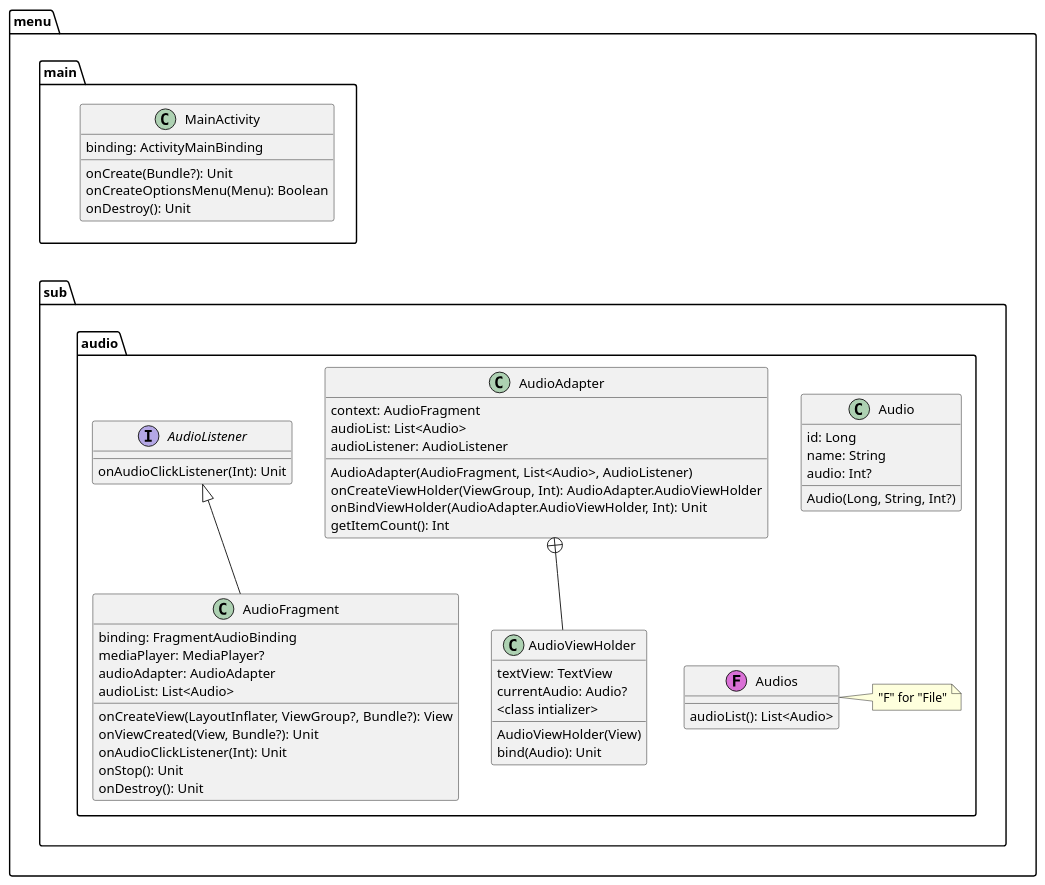
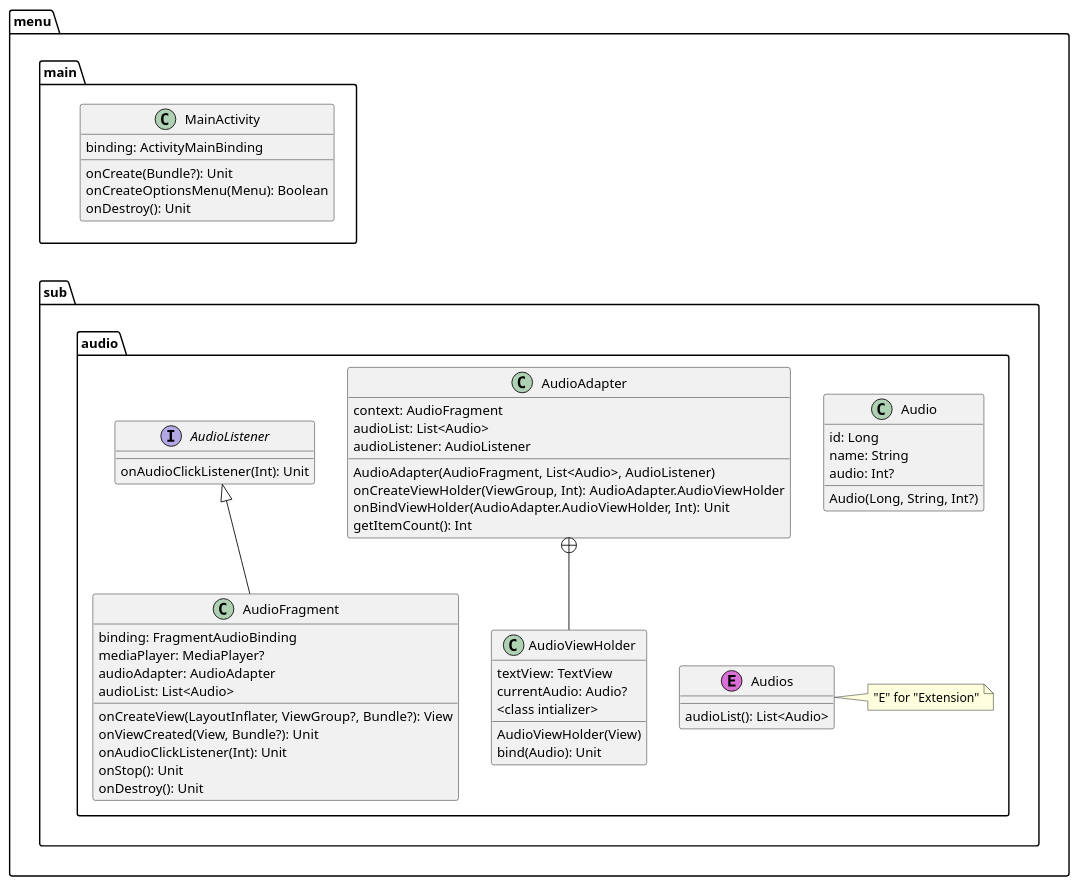
The diagram in Documents/classesAudioUML_base.puml (vertigonale/botify2), drawn with PlantUML before and after one commit.

Commit message:
update diagram

```diff
--- a/Documents/classesAudioUML_base.puml
+++ b/Documents/classesAudioUML_base.puml
@@ -1,81 +1,81 @@
 @startuml
 'comment
 
 ' packages
 package "menu" {
     package "main" {
 
         class MainActivity {
             binding: ActivityMainBinding
             onCreate(Bundle?): Unit
             onCreateOptionsMenu(Menu): Boolean
             onDestroy(): Unit
         }
     }
 
     package "sub" {
         package "audio" {
 
             class AudioFragment {
                 binding: FragmentAudioBinding
                 mediaPlayer: MediaPlayer?
                 audioAdapter: AudioAdapter
                 audioList: List<Audio>
                 onCreateView(LayoutInflater, ViewGroup?, Bundle?): View
                 onViewCreated(View, Bundle?): Unit
                 onAudioClickListener(Int): Unit
                 onStop(): Unit
                 onDestroy(): Unit
             }
 
             class AudioAdapter {
                 context: AudioFragment
                 audioList: List<Audio>
                 audioListener: AudioListener
                 AudioAdapter(AudioFragment, List<Audio>, AudioListener)
                 onCreateViewHolder(ViewGroup, Int): AudioAdapter.AudioViewHolder
                 onBindViewHolder(AudioAdapter.AudioViewHolder, Int): Unit
                 getItemCount(): Int
             }
 
             class AudioViewHolder {
                 textView: TextView
                 currentAudio: Audio?
             ' TODO what to do with this pain in the ass?
                 <class intializer>
                 AudioViewHolder(View)
                 bind(Audio): Unit
             }
 
             class Audio {
                 id: Long
                 name: String
                 audio: Int?
                 Audio(Long, String, Int?)
             }
 
             interface AudioListener {
                 onAudioClickListener(Int): Unit
             }
             'TODO how to handle "Audios.kt"
-            class Audios <<(F,orchid)>> {
+            class Audios <<(E,orchid)>> {
                 audioList(): List<Audio>
 
             }
-            note right: "F" for "File"
+            note right: "E" for "Extension"
         }
     }
 }
 
 ' dependencies
     AudioListener <|-- AudioFragment
     AudioAdapter +-- AudioViewHolder
 
 ' output layout
     main-down[hidden]-sub
 /'    Audio-down[hidden]-Audios
 '    AudioAdapter-down[hidden]-Audio'/
     Audio-[hidden]-> Audios
 '    AudioViewHolder -[hidden]-> Audios
     AudioAdapter-[hidden]>Audio
 @enduml
```
